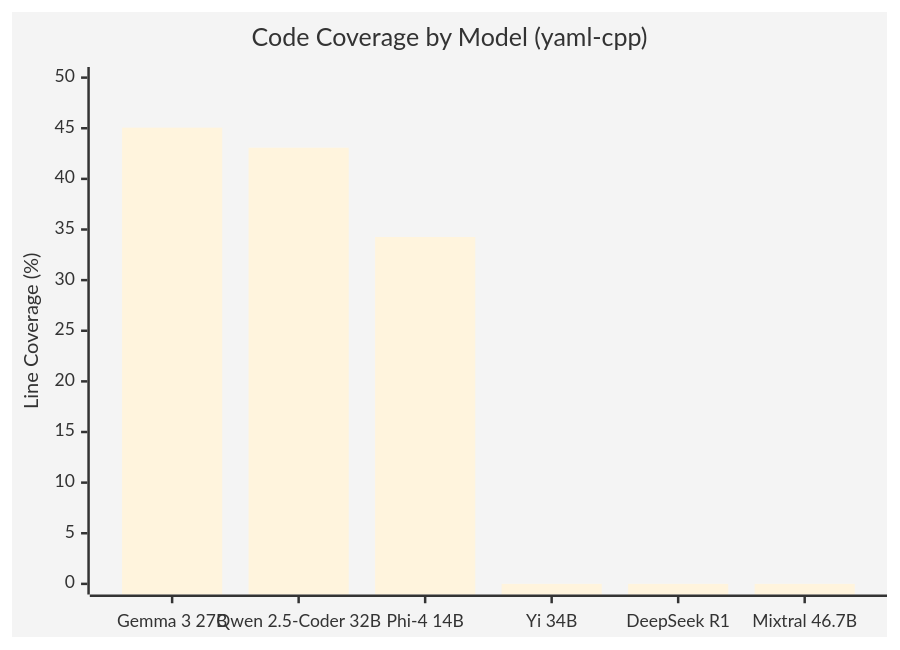
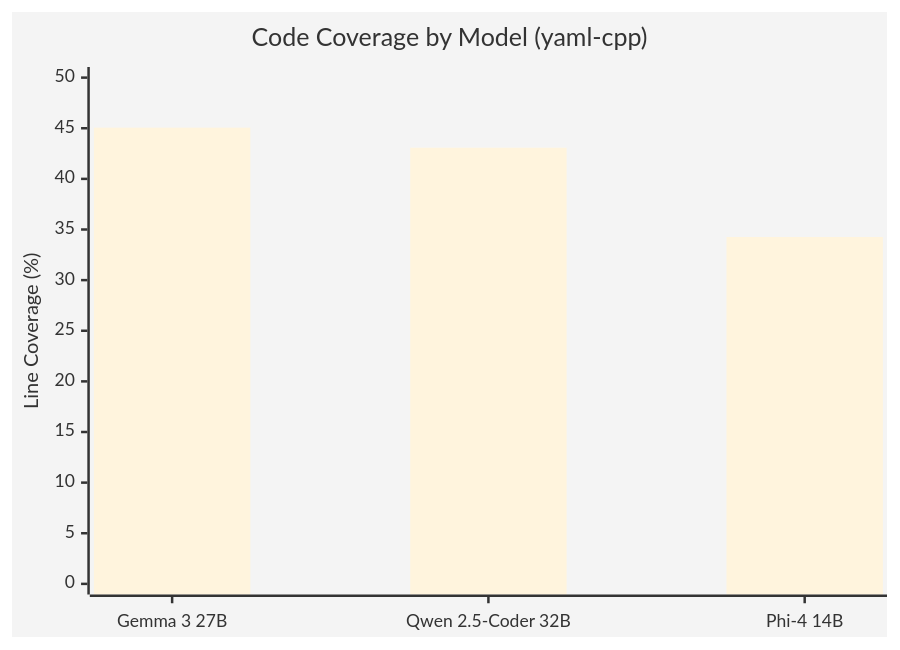
The diagram in figure5_1_model_performance.mmd (DARREN-2000/temporary), drawn with Mermaid before and after one commit. The commit also changed 2 other files, not shown here.

Commit message:
Fix Figure 5.1: show only 3 successful models, remove confusing 0% bars

```diff
--- a/figure5_1_model_performance.mmd
+++ b/figure5_1_model_performance.mmd
@@ -1,8 +1,8 @@
-%% Yi 34B and DeepSeek R1 produced non-functional drivers (0% coverage).
-%% Mixtral 46.7B could not complete evaluation due to hardware constraints.
+%% Only 3 of 14 evaluated models produced functional fuzz drivers.
+%% Unsuccessful models are discussed in Section 5.2.2 and Table 5.2.
 %%{init: {'theme': 'base', 'themeVariables': { 'primaryColor': '#4472C4'}}}%%
 xychart-beta
     title "Code Coverage by Model (yaml-cpp)"
-    x-axis ["Gemma 3 27B", "Qwen 2.5-Coder 32B", "Phi-4 14B", "Yi 34B", "DeepSeek R1", "Mixtral 46.7B"]
+    x-axis ["Gemma 3 27B", "Qwen 2.5-Coder 32B", "Phi-4 14B"]
     y-axis "Line Coverage (%)" 0 --> 50
-    bar [45.06, 43.08, 34.26, 0, 0, 0]
+    bar [45.06, 43.08, 34.26]
```
